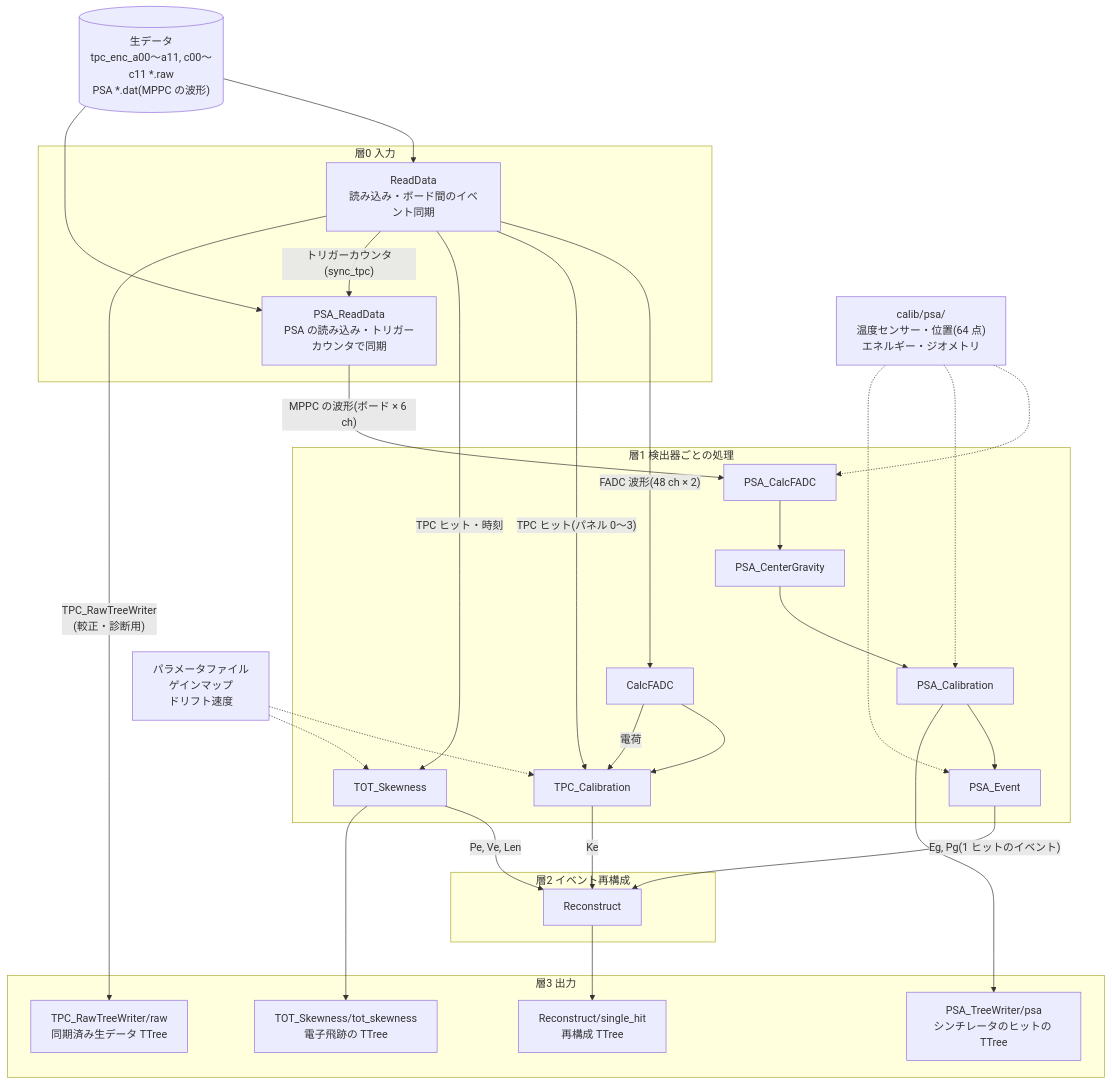
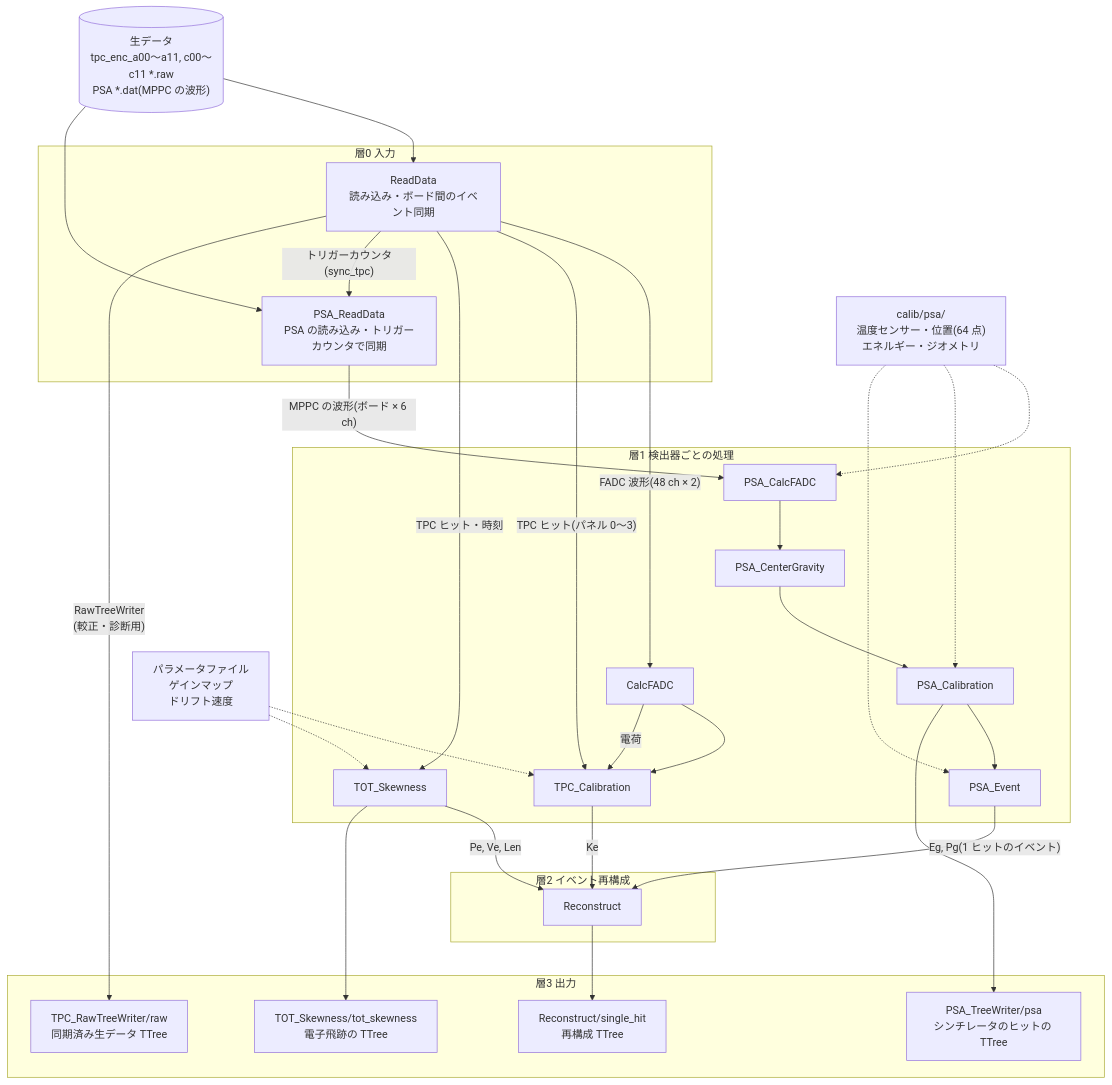
One commit to SMILE-tool-box/EricaNext changed the second of 2 diagrams in README.md. Above: the diagram before and after it, drawn with Mermaid. The commit also changed other lines of this file and 49 other files, not shown here.

````diff
--- a/README.md
+++ b/README.md
@@ -86,46 +139,46 @@
 ```mermaid
 flowchart TD
   RAW[("生データ<br>tpc_enc_a00〜a11, c00〜c11 *.raw<br>PSA *.dat(MPPC の波形)")]
   subgraph L0["層0 入力"]
     RD["ReadData<br>読み込み・ボード間のイベント同期"]
     PRD["PSA_ReadData<br>PSA の読み込み・トリガーカウンタで同期"]
   end
   subgraph L1["層1 検出器ごとの処理"]
     CF[CalcFADC] --> TC[TPC_Calibration]
     TOT[TOT_Skewness]
     PCF[PSA_CalcFADC] --> PCG[PSA_CenterGravity] --> PCAL[PSA_Calibration] --> PEV[PSA_Event]
   end
   subgraph L2["層2 イベント再構成"]
     REC[Reconstruct]
   end
   subgraph L3["層3 出力"]
     OUT["Reconstruct/single_hit<br>再構成 TTree"]
     TOTT["TOT_Skewness/tot_skewness<br>電子飛跡の TTree"]
     RAWT["TPC_RawTreeWriter/raw<br>同期済み生データ TTree"]
     PSAT["PSA_TreeWriter/psa<br>シンチレータのヒットの TTree"]
   end
   PRM["パラメータファイル<br>ゲインマップ<br>ドリフト速度"]
   PPRM["calib/psa/<br>温度センサー・位置(64 点)<br>エネルギー・ジオメトリ"]
 
   RAW --> RD
   RAW --> PRD
   PRM -.-> TC
   PRM -.-> TOT
   PPRM -.-> PCF
   PPRM -.-> PCAL
   PPRM -.-> PEV
   RD -- "FADC 波形(48 ch × 2)" --> CF
   RD -- "TPC ヒット(パネル 0〜3)" --> TC
   RD -- "TPC ヒット・時刻" --> TOT
   RD -- "トリガーカウンタ(sync_tpc)" --> PRD
   PRD -- "MPPC の波形(ボード × 6 ch)" --> PCF
   CF -- "電荷" --> TC
   TC -- "Ke" --> REC
   PEV -- "Eg, Pg(1 ヒットのイベント)" --> REC
   PCAL --> PSAT
   TOT -- "Pe, Ve, Len" --> REC
   REC --> OUT
   TOT --> TOTT
-  RD -- "TPC_RawTreeWriter<br>(較正・診断用)" --> RAWT
+  RD -- "RawTreeWriter<br>(較正・診断用)" --> RAWT
 
 ```
````
